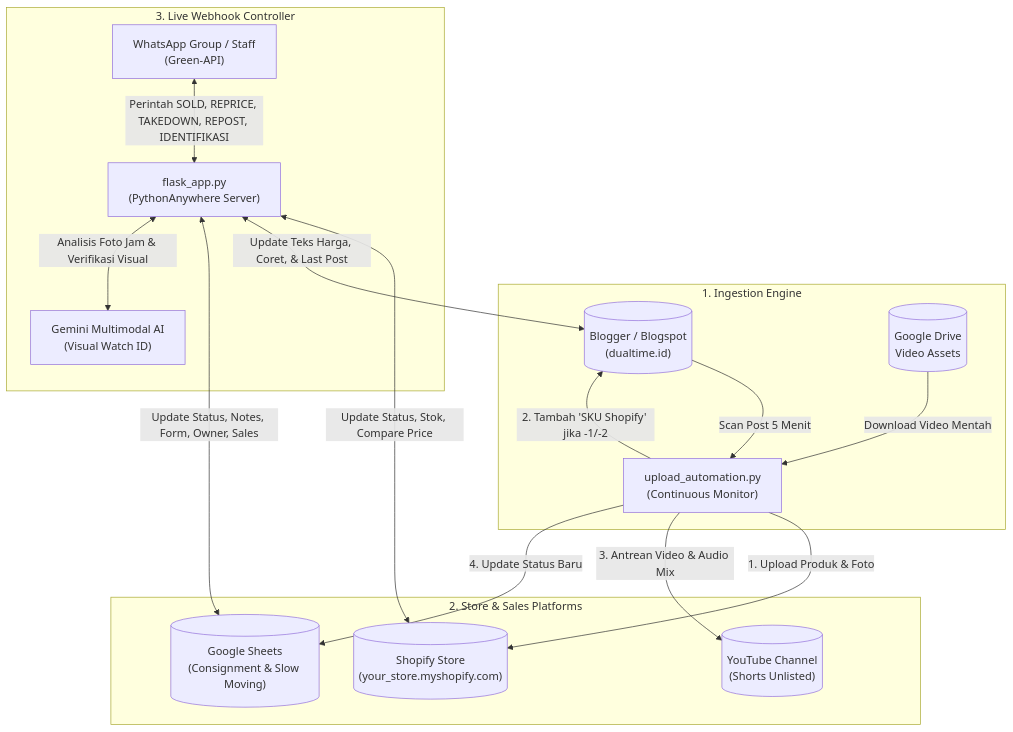
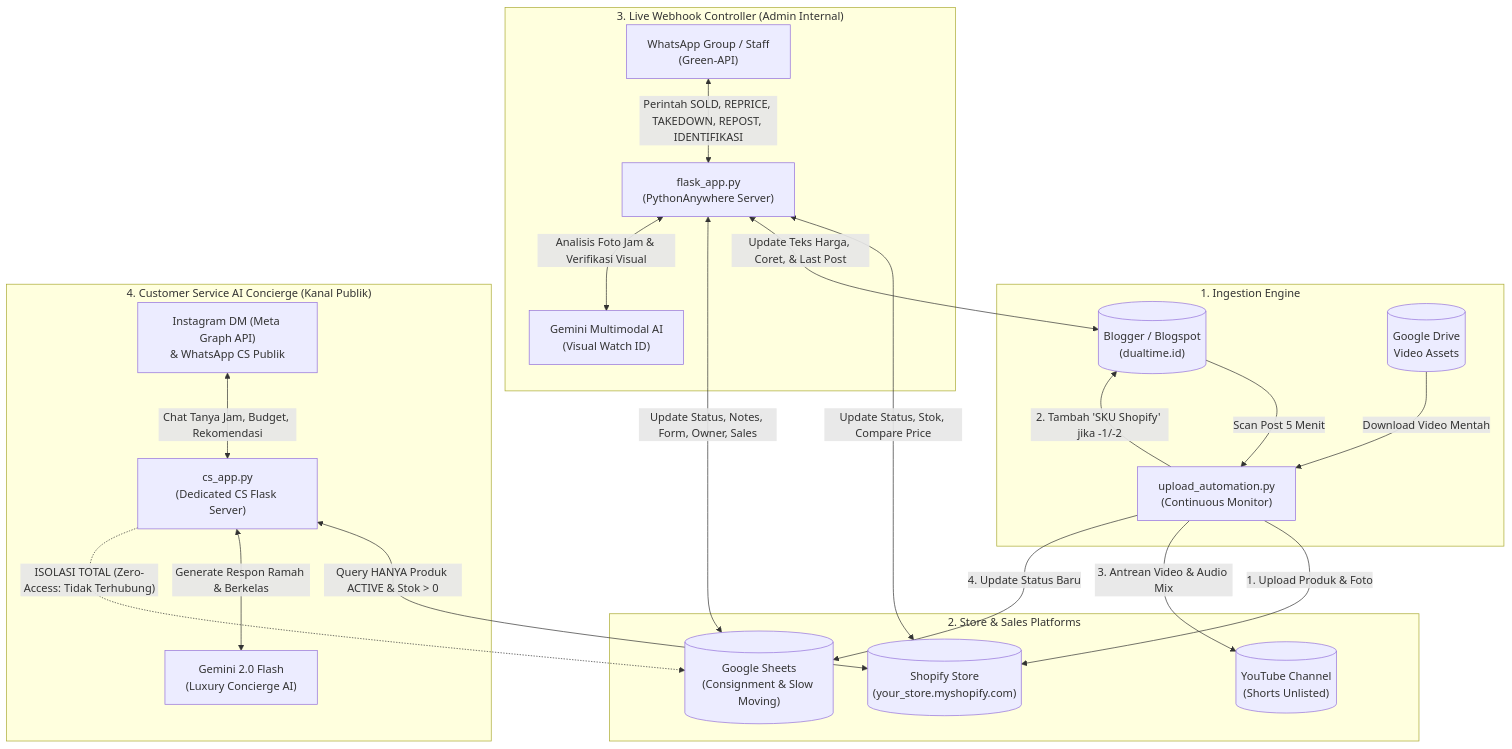
The first of 3 diagrams in README.md (darrellrafa/upload-automation), drawn with Mermaid before and after one commit. The commit also changed other lines of this file and 1 other file, not shown here.

Commit message:
Document Customer Service AI Concierge architecture, security protocols, and flow

````diff
--- a/README.md
+++ b/README.md
@@ -11,33 +11,44 @@
 ```mermaid
 flowchart TD
     subgraph Ingestion ["1. Ingestion Engine"]
         BP[("Blogger / Blogspot<br/>(dualtime.id)")]
         UA["upload_automation.py<br/>(Continuous Monitor)"]
         GD[("Google Drive<br/>Video Assets")]
     end
 
     subgraph Core ["2. Store & Sales Platforms"]
         SP[("Shopify Store<br/>(your_store.myshopify.com)")]
         YT[("YouTube Channel<br/>(Shorts Unlisted)")]
         GS[("Google Sheets<br/>(Consignment & Slow Moving)")]
     end
 
-    subgraph Controller ["3. Live Webhook Controller"]
+    subgraph Controller ["3. Live Webhook Controller (Admin Internal)"]
         WA["WhatsApp Group / Staff<br/>(Green-API)"]
         FA["flask_app.py<br/>(PythonAnywhere Server)"]
         GV["Gemini Multimodal AI<br/>(Visual Watch ID)"]
+    end
+
+    subgraph CS_Service ["4. Customer Service AI Concierge (Kanal Publik)"]
+        IG["Instagram DM (Meta Graph API)<br/>& WhatsApp CS Publik"]
+        CS["cs_app.py<br/>(Dedicated CS Flask Server)"]
+        GC["Gemini 2.0 Flash<br/>(Luxury Concierge AI)"]
     end
 
     BP -->|"Scan Post 5 Menit"| UA
     UA -->|"1. Upload Produk & Foto"| SP
     UA -->|"2. Tambah 'SKU Shopify' jika -1/-2"| BP
     UA -->|"3. Antrean Video & Audio Mix"| YT
     UA -->|"4. Update Status Baru"| GS
     GD -->|"Download Video Mentah"| UA
 
     WA <-->|"Perintah SOLD, REPRICE, TAKEDOWN, REPOST, IDENTIFIKASI"| FA
     FA <-->|"Update Status, Stok, Compare Price"| SP
     FA <-->|"Update Teks Harga, Coret, & Last Post"| BP
     FA <-->|"Update Status, Notes, Form, Owner, Sales"| GS
     FA <-->|"Analisis Foto Jam & Verifikasi Visual"| GV
+
+    IG <-->|"Chat Tanya Jam, Budget, Rekomendasi"| CS
+    CS <-->|"Query HANYA Produk ACTIVE & Stok > 0"| SP
+    CS <-->|"Generate Respon Ramah & Berkelas"| GC
+    CS -.->|"ISOLASI TOTAL (Zero-Access: Tidak Terhubung)"| GS
 ```
````
